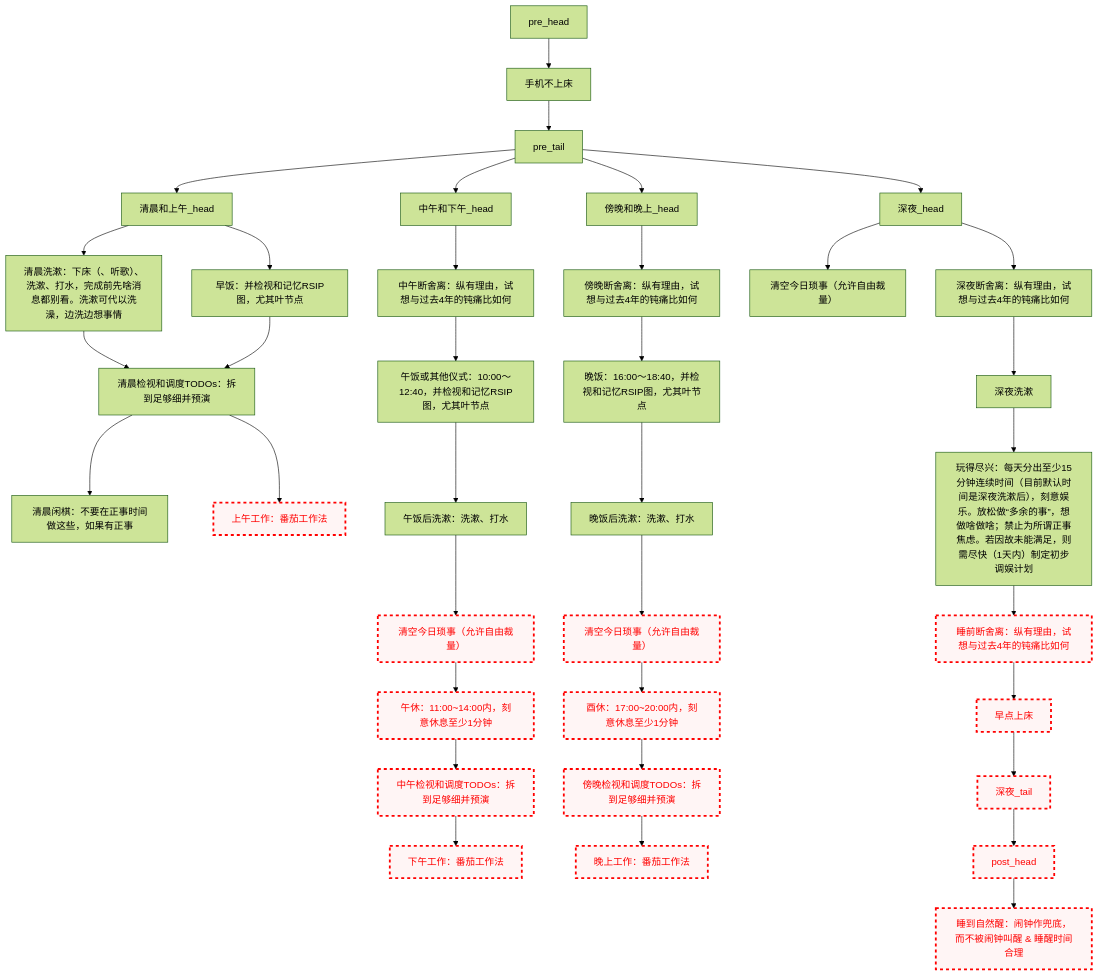
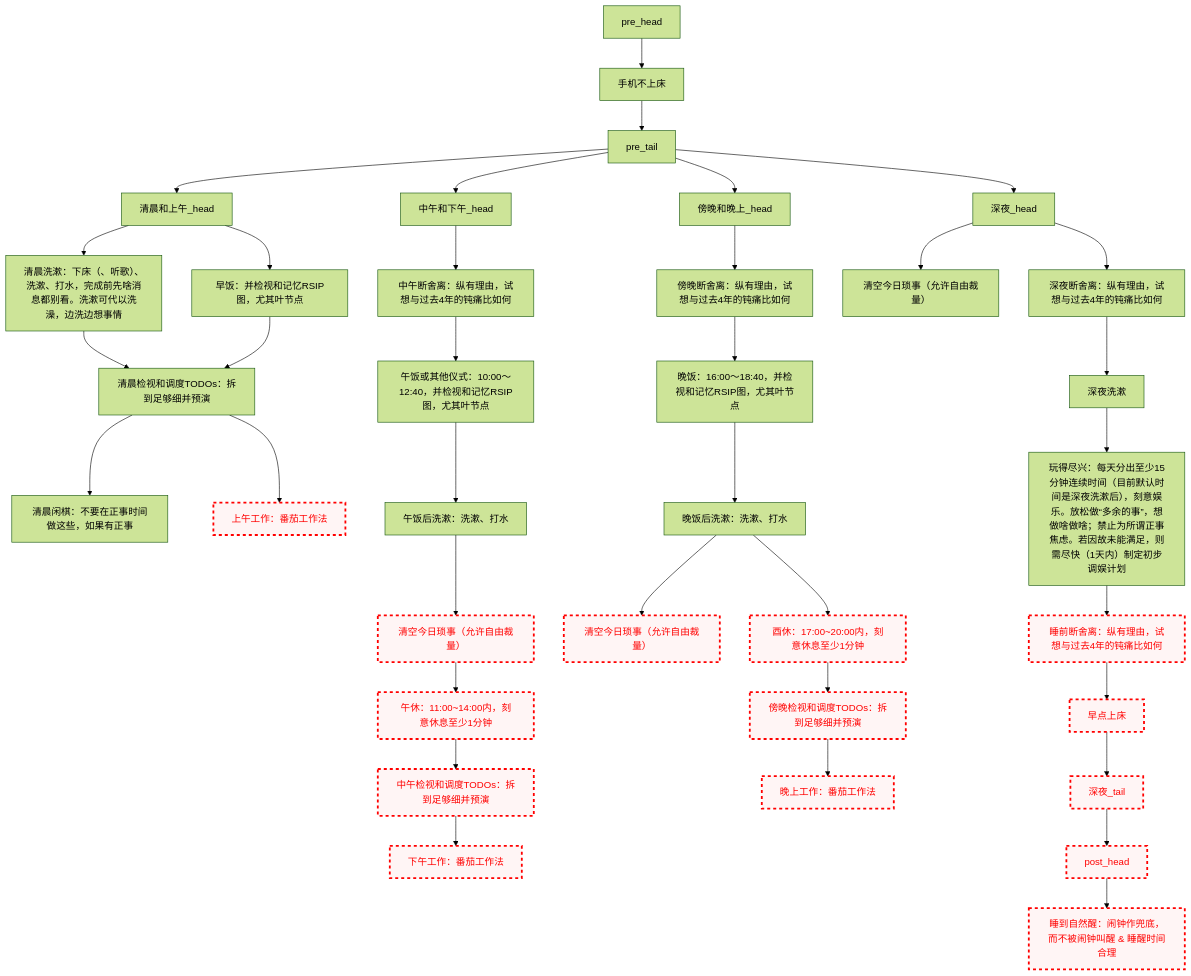
Before and after one commit to Ethkuil/RSIP-tree: the diagram in README.md, drawn with Mermaid (forest theme).

Commit message:
解耦琐事和酉休

````diff
--- a/README.md
+++ b/README.md
@@ -21,62 +21,62 @@
 ```mermaid
 graph TD
 
 classDef failed stroke:#ff0000, stroke-width:3px, color:#ff0000, fill:#fff5f5, stroke-dasharray: 5
 
 pre_head --> 手机不上床
 手机不上床 --> pre_tail
 
 
 pre_tail --> 清晨和上午_head
 清晨和上午_head --> 清晨洗漱[清晨洗漱：下床（、听歌）、洗漱、打水，完成前先啥消息都别看。洗漱可代以洗澡，边洗边想事情]
 清晨和上午_head --> 早饭[早饭：并检视和记忆RSIP图，尤其叶节点]
 清晨洗漱 --> 清晨看TODO[清晨检视和调度TODOs：拆到足够细并预演]
 早饭 --> 清晨看TODO
 清晨看TODO --> 清晨闲棋[清晨闲棋：不要在正事时间做这些，如果有正事]
 清晨看TODO --> 上午工作[上午工作：番茄工作法]
 class 上午工作 failed
 
 pre_tail --> 中午和下午_head
 中午和下午_head --> 中午断舍离[中午断舍离：纵有理由，试想与过去4年的钝痛比如何]
 中午断舍离 --> 午饭[午饭或其他仪式：10:00～12:40，并检视和记忆RSIP图，尤其叶节点]
 午饭 --> 午饭后洗漱[午饭后洗漱：洗漱、打水]
 午饭后洗漱 --> 中午今日琐事[清空今日琐事（允许自由裁量）]
 class 中午今日琐事 failed
 中午今日琐事 --> 午休[午休：11:00~14:00内，刻意休息至少1分钟]
 class 午休 failed
 午休 --> 中午看TODO[中午检视和调度TODOs：拆到足够细并预演]
 class 中午看TODO failed
 中午看TODO --> 下午工作[下午工作：番茄工作法]
 class 下午工作 failed
 
 pre_tail --> 傍晚和晚上_head
 傍晚和晚上_head --> 傍晚断舍离[傍晚断舍离：纵有理由，试想与过去4年的钝痛比如何]
 傍晚断舍离 --> 晚饭[晚饭：16:00～18:40，并检视和记忆RSIP图，尤其叶节点]
 晚饭 --> 晚饭后洗漱[晚饭后洗漱：洗漱、打水]
 晚饭后洗漱 --> 傍晚今日琐事[清空今日琐事（允许自由裁量）]
 class 傍晚今日琐事 failed
-傍晚今日琐事 --> 酉休[酉休：17:00~20:00内，刻意休息至少1分钟]
+晚饭后洗漱 --> 酉休[酉休：17:00~20:00内，刻意休息至少1分钟]
 class 酉休 failed
 酉休 --> 傍晚看TODO[傍晚检视和调度TODOs：拆到足够细并预演]
 class 傍晚看TODO failed
 傍晚看TODO --> 晚上工作[晚上工作：番茄工作法]
 class 晚上工作 failed
 
 pre_tail --> 深夜_head
 深夜_head --> 深夜今日琐事[清空今日琐事（允许自由裁量）]
 深夜_head --> 深夜断舍离[深夜断舍离：纵有理由，试想与过去4年的钝痛比如何]
 深夜断舍离 --> 深夜洗漱
 深夜洗漱 --> 玩得尽兴[玩得尽兴：每天分出至少15分钟连续时间（目前默认时间是深夜洗漱后），刻意娱乐。放松做“多余的事”，想做啥做啥；禁止为所谓正事焦虑。若因故未能满足，则需尽快（1天内）制定初步调娱计划]
 玩得尽兴 --> 睡前断舍离[睡前断舍离：纵有理由，试想与过去4年的钝痛比如何]
 class 睡前断舍离 failed
 睡前断舍离 --> 早点上床
 class 早点上床 failed
 早点上床 --> 深夜_tail
 class 深夜_tail failed
 
 
 深夜_tail --> post_head
 class post_head failed
 post_head --> 睡到自然醒[睡到自然醒：闹钟作兜底，而不被闹钟叫醒 & 睡醒时间合理]
 class 睡到自然醒 failed
 ```
````
